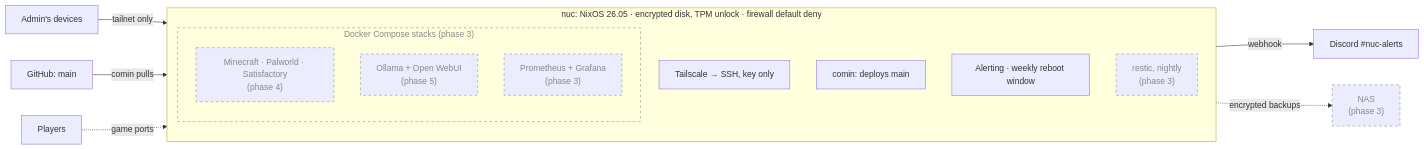
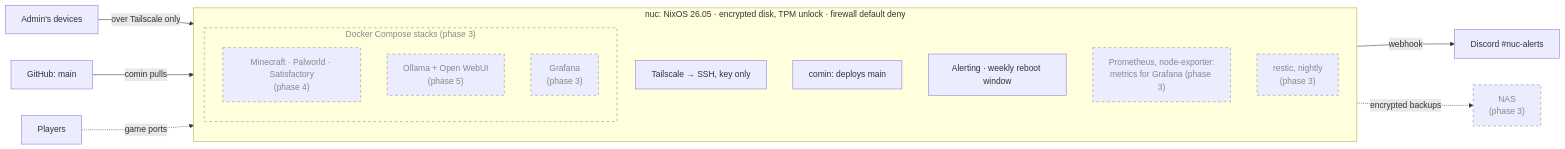
Before and after one commit to alexCranfield/nixos-homeserver: the second of 2 diagrams in README.md, drawn with Mermaid. The commit also changed other lines of this file, not shown here.

````diff
--- a/README.md
+++ b/README.md
@@ -89,28 +97,29 @@
 ```mermaid
 flowchart LR
     admin["Admin's devices"]
     gh["GitHub: main"]
     players["Players"]
     subgraph nuc["nuc: NixOS 26.05 · encrypted disk, TPM unlock · firewall default deny"]
         direction TB
         ts["Tailscale → SSH, key only"]
         comin["comin: deploys main"]
         notify["Alerting · weekly reboot window"]
         subgraph docker["Docker Compose stacks (phase 3)"]
             games["Minecraft · Palworld · Satisfactory<br/>(phase 4)"]
             llm["Ollama + Open WebUI<br/>(phase 5)"]
-            grafana["Prometheus + Grafana<br/>(phase 3)"]
+            grafana["Grafana<br/>(phase 3)"]
         end
+        prom["Prometheus, node-exporter:<br/>metrics for Grafana (phase 3)"]
         restic["restic, nightly<br/>(phase 3)"]
     end
     discord["Discord #nuc-alerts"]
     nas["NAS<br/>(phase 3)"]
-    admin -->|"tailnet only"| ts
+    admin -->|"over Tailscale only"| ts
     gh -->|"comin pulls"| comin
     players -.->|"game ports"| games
     notify -->|webhook| discord
     restic -.->|"encrypted backups"| nas
     classDef planned stroke-dasharray: 5 5,color:#888,stroke:#888
-    class games,llm,grafana,restic,nas planned
+    class games,llm,grafana,prom,restic,nas planned
     style docker stroke-dasharray: 5 5,stroke:#888,color:#888
 ```
````
